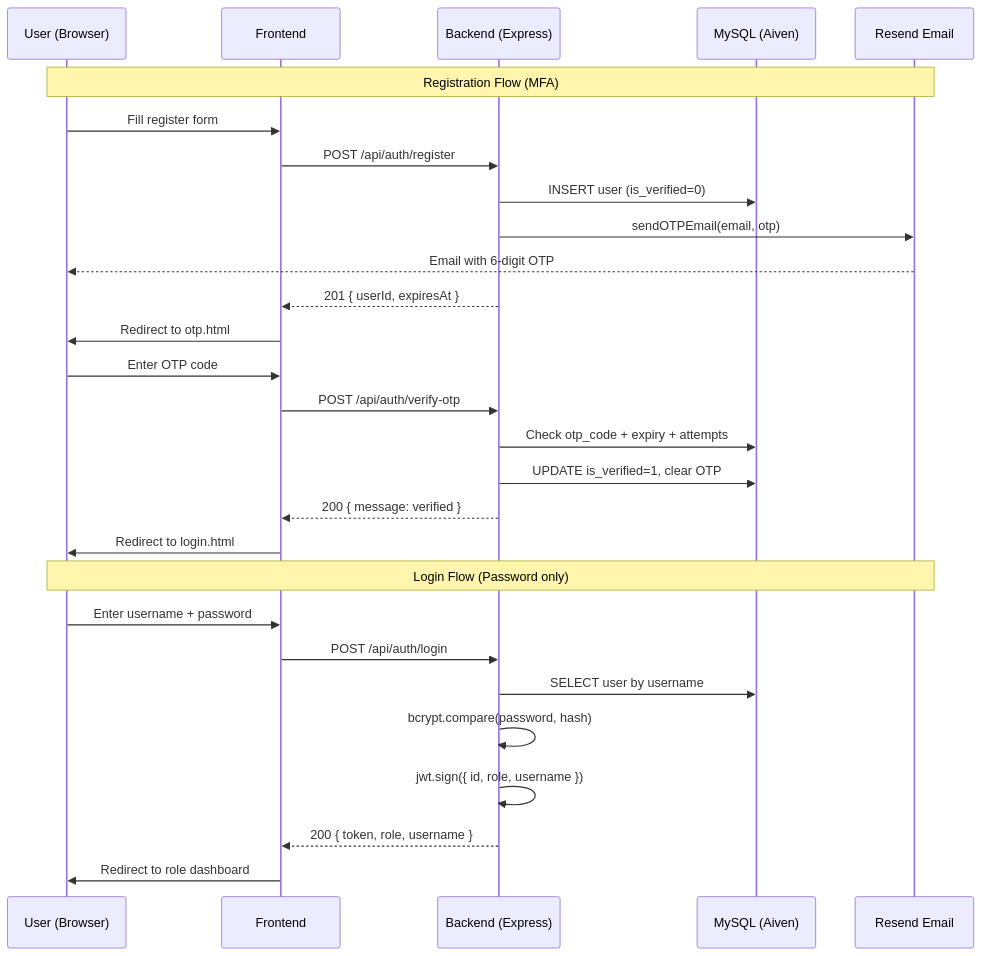
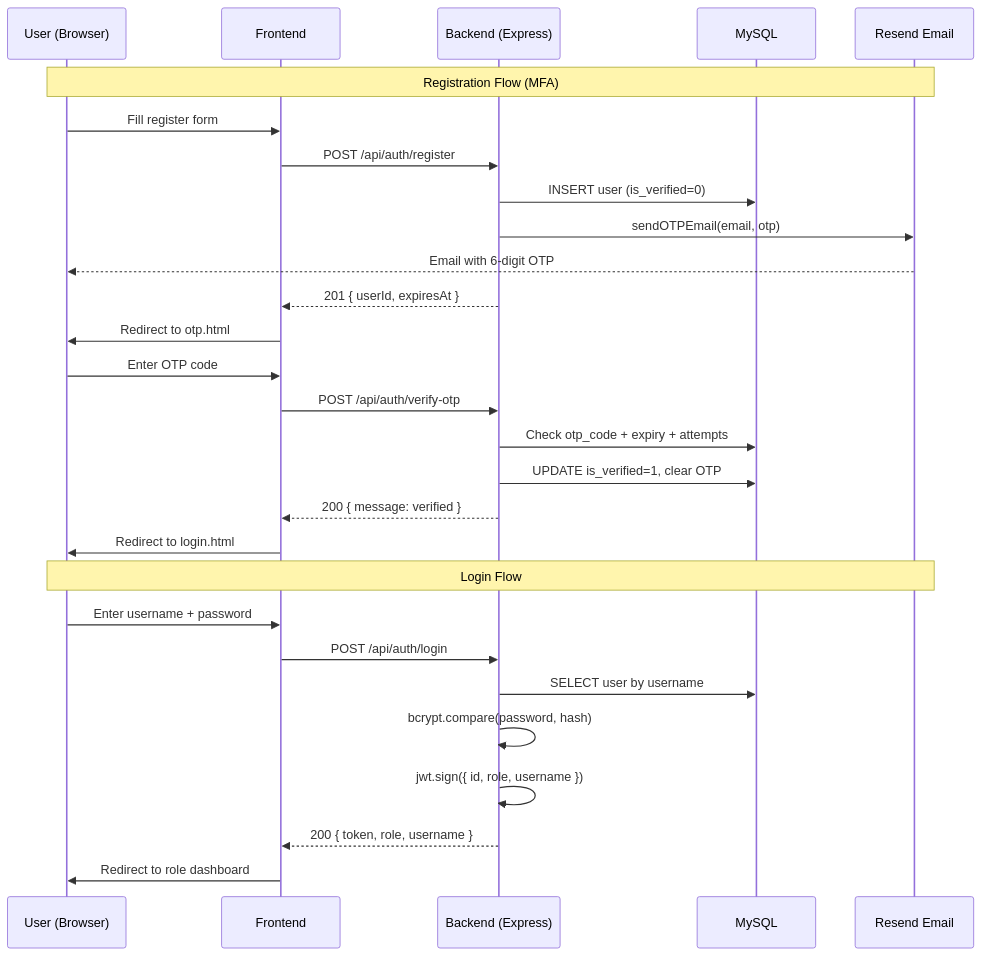
The second of 4 diagrams in docs/ARCHITECTURE.md (mikaelleon/BakeSync-Authentication), drawn with Mermaid before and after one commit. The commit also changed other lines of this file and 1599 other files, not shown here.

````diff
--- a/docs/ARCHITECTURE.md
+++ b/docs/ARCHITECTURE.md
@@ -60,35 +59,35 @@
 ```mermaid
 sequenceDiagram
-  participant U  as User (Browser)
+  participant U as User (Browser)
   participant FE as Frontend
   participant BE as Backend (Express)
-  participant DB as MySQL (Aiven)
+  participant DB as MySQL
   participant EM as Resend Email
 
   Note over U,EM: Registration Flow (MFA)
 
-  U  ->> FE: Fill register form
+  U ->> FE: Fill register form
   FE ->> BE: POST /api/auth/register
   BE ->> DB: INSERT user (is_verified=0)
   BE ->> EM: sendOTPEmail(email, otp)
   EM -->> U: Email with 6-digit OTP
   BE -->> FE: 201 { userId, expiresAt }
-  FE ->> U:  Redirect to otp.html
+  FE ->> U: Redirect to otp.html
 
-  U  ->> FE: Enter OTP code
+  U ->> FE: Enter OTP code
   FE ->> BE: POST /api/auth/verify-otp
   BE ->> DB: Check otp_code + expiry + attempts
   BE ->> DB: UPDATE is_verified=1, clear OTP
   BE -->> FE: 200 { message: verified }
-  FE ->> U:  Redirect to login.html
+  FE ->> U: Redirect to login.html
 
-  Note over U,EM: Login Flow (Password only)
+  Note over U,EM: Login Flow
 
-  U  ->> FE: Enter username + password
+  U ->> FE: Enter username + password
   FE ->> BE: POST /api/auth/login
   BE ->> DB: SELECT user by username
   BE ->> BE: bcrypt.compare(password, hash)
   BE ->> BE: jwt.sign({ id, role, username })
   BE -->> FE: 200 { token, role, username }
-  FE ->> U:  Redirect to role dashboard
+  FE ->> U: Redirect to role dashboard
 ```
````
